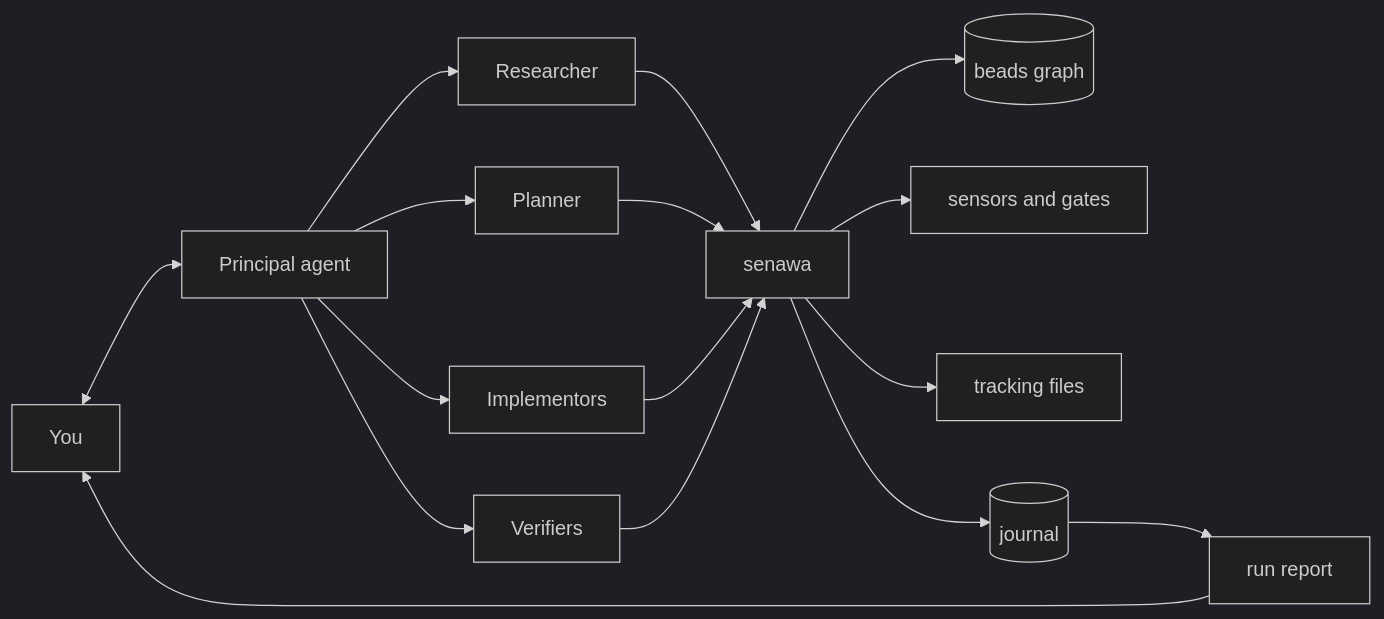
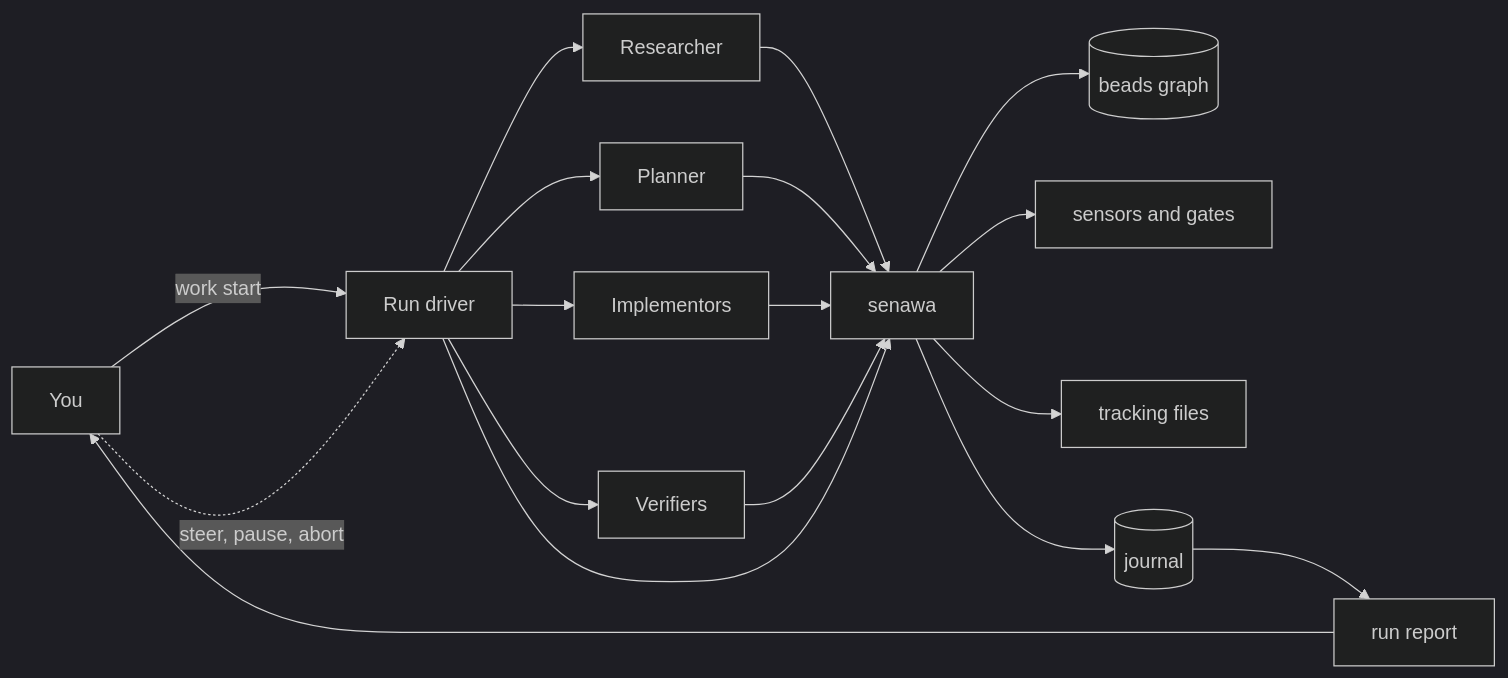
Before and after one commit to dasiths/senawa: the diagram in README.md, drawn with Mermaid (dark theme). The commit also changed other lines of this file and 10 other files, not shown here.

````diff
--- a/README.md
+++ b/README.md
@@ -53,15 +53,17 @@
 ```mermaid
 flowchart LR
-    H[You] <--> PA[Principal agent]
-    PA --> R[Researcher]
-    PA --> P[Planner]
-    PA --> I[Implementors]
-    PA --> V[Verifiers]
+    H[You] -->|work start| D[Run driver]
+    D --> R[Researcher]
+    D --> P[Planner]
+    D --> I[Implementors]
+    D --> V[Verifiers]
     R & P & I & V --> S[senawa]
+    D --> S
     S --> G[(beads graph)]
     S --> SEN[sensors and gates]
     S --> T[tracking files]
     S --> J[(journal)]
     J --> RPT[run report]
     RPT --> H
+    H -. steer, pause, abort .-> D
 ```
````
